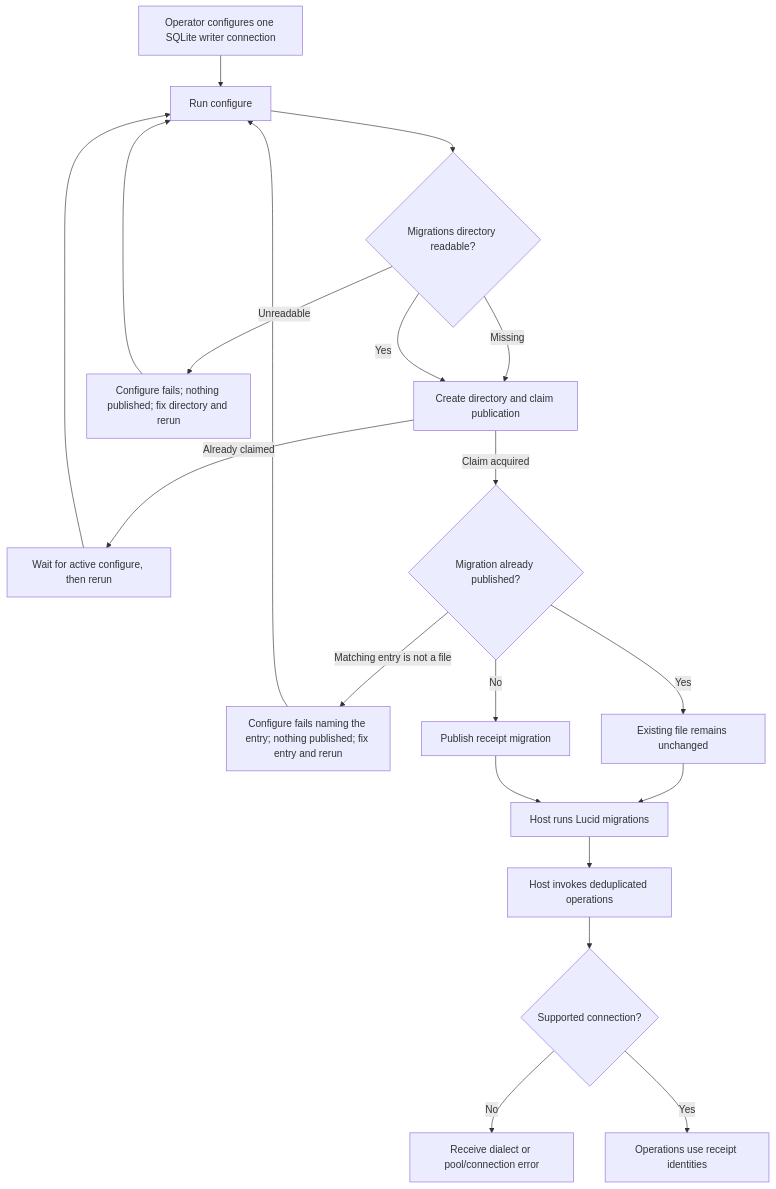
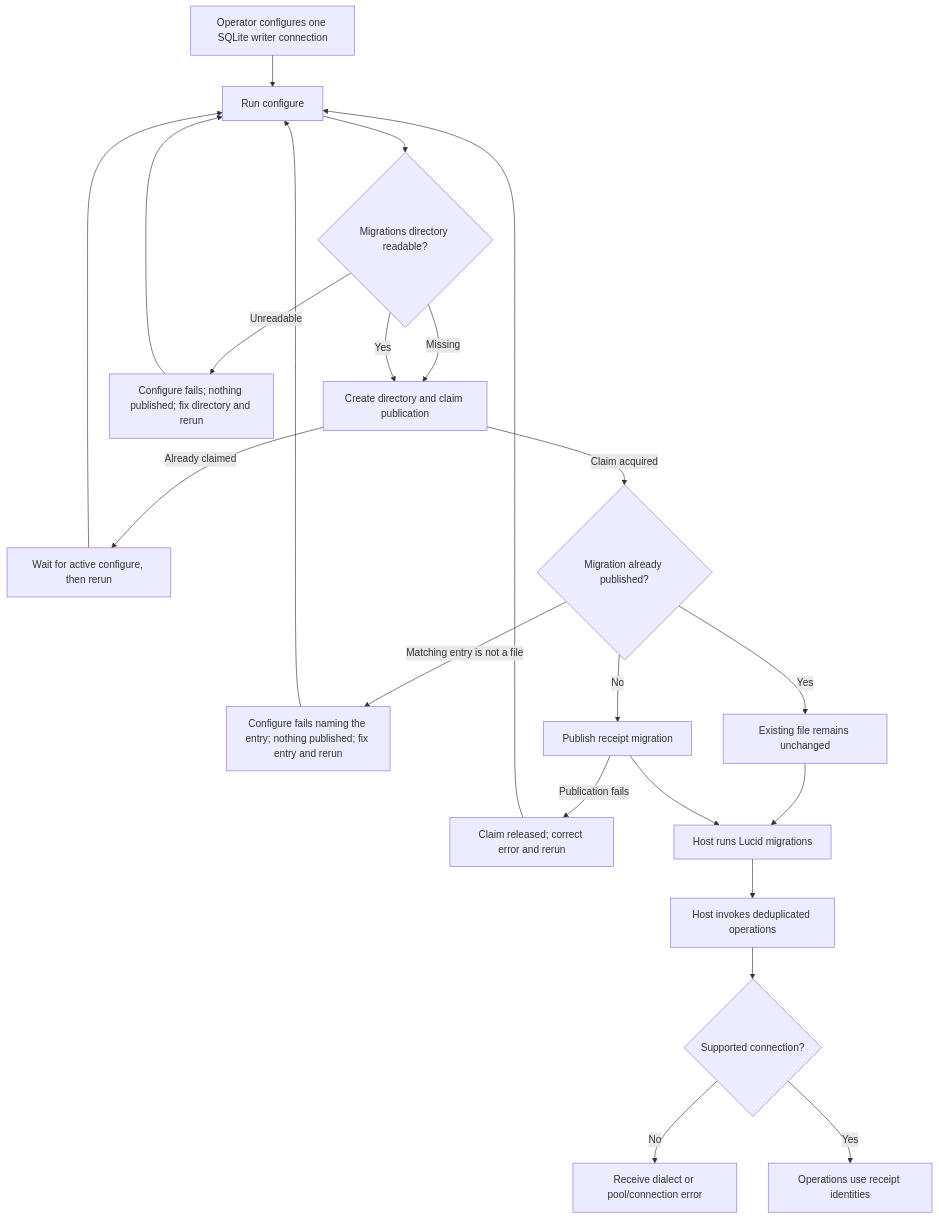
The first of 2 diagrams in user-stories/US-GUARD-04-operate-receipts.md (Kevinjohn/oss-adonisjs-duplicate-request-guard), drawn with Mermaid before and after one commit. The commit also changed other lines of this file and 9 other files, not shown here.

````diff
--- a/user-stories/US-GUARD-04-operate-receipts.md
+++ b/user-stories/US-GUARD-04-operate-receipts.md
@@ -23,22 +24,24 @@
 ```mermaid
 flowchart TD
     A["Operator configures one SQLite writer connection"] --> B["Run configure"]
     B --> R{"Migrations directory readable?"}
     R -->|Missing| L["Create directory and claim publication"]
     R -->|Unreadable| X["Configure fails; nothing published; fix directory and rerun"]
     X --> B
     R -->|Yes| L
     L -->|Already claimed| Z["Wait for active configure, then rerun"]
     Z --> B
     L -->|Claim acquired| C{"Migration already published?"}
     C -->|Matching entry is not a file| Y["Configure fails naming the entry; nothing published; fix entry and rerun"]
     Y --> B
     C -->|Yes| D["Existing file remains unchanged"]
     C -->|No| E["Publish receipt migration"]
+    E -->|Publication fails| P["Claim released; correct error and rerun"]
+    P --> B
     D --> M["Host runs Lucid migrations"]
     E --> M
     M --> F["Host invokes deduplicated operations"]
     F --> G{"Supported connection?"}
     G -->|No| H["Receive dialect or pool/connection error"]
     G -->|Yes| I["Operations use receipt identities"]
 ```
````
